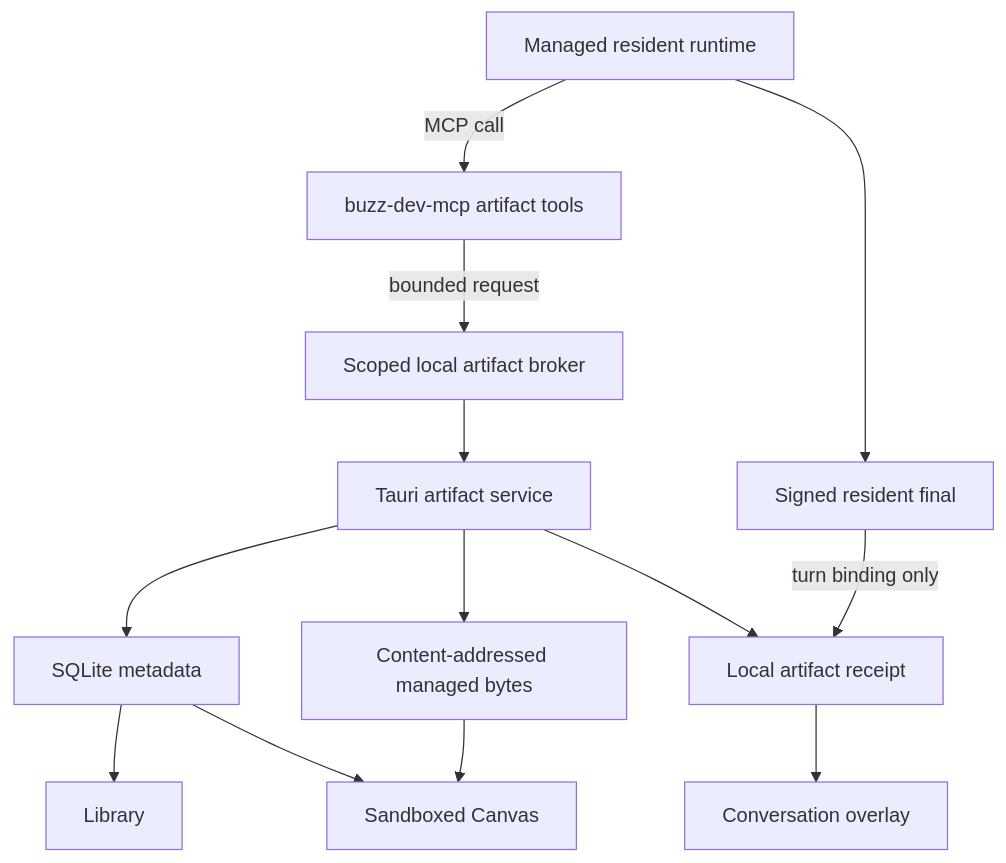
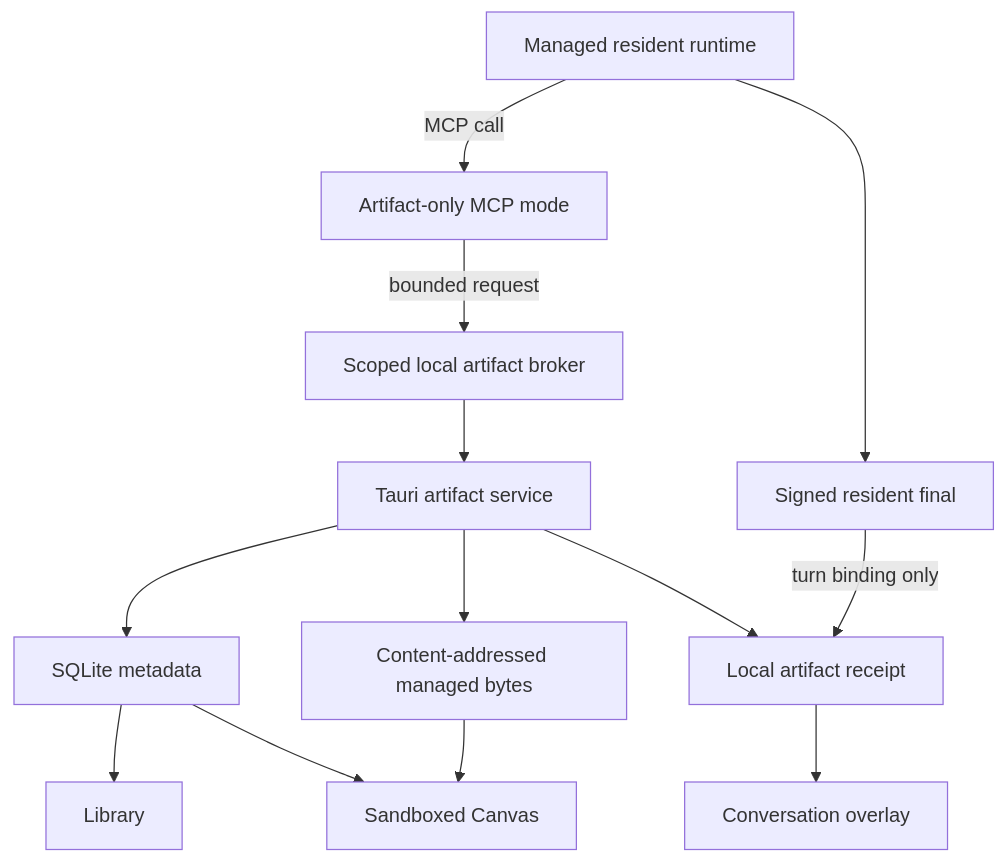
The diagram in docs/luca/artifacts/02-system-contracts.md (Riley-Coyote/luca-agent-network-v1), drawn with Mermaid before and after one commit. The commit also changed other lines of this file and 9 other files, not shown here.

````diff
--- a/docs/luca/artifacts/02-system-contracts.md
+++ b/docs/luca/artifacts/02-system-contracts.md
@@ -8,27 +8,27 @@
 ```mermaid
 flowchart TB
   Runtime["Managed resident runtime"]
-  MCP["buzz-dev-mcp artifact tools"]
+  MCP["Artifact-only MCP mode"]
   Broker["Scoped local artifact broker"]
   Desktop["Tauri artifact service"]
   DB["SQLite metadata"]
   Blobs["Content-addressed managed bytes"]
   Receipt["Local artifact receipt"]
   Final["Signed resident final"]
   Chat["Conversation overlay"]
   Library["Library"]
   Canvas["Sandboxed Canvas"]
 
   Runtime -->|MCP call| MCP
   MCP -->|bounded request| Broker
   Broker --> Desktop
   Desktop --> DB
   Desktop --> Blobs
   Desktop --> Receipt
   Runtime --> Final
   Final -->|turn binding only| Receipt
   Receipt --> Chat
   DB --> Library
   DB --> Canvas
   Blobs --> Canvas
 ```
````
